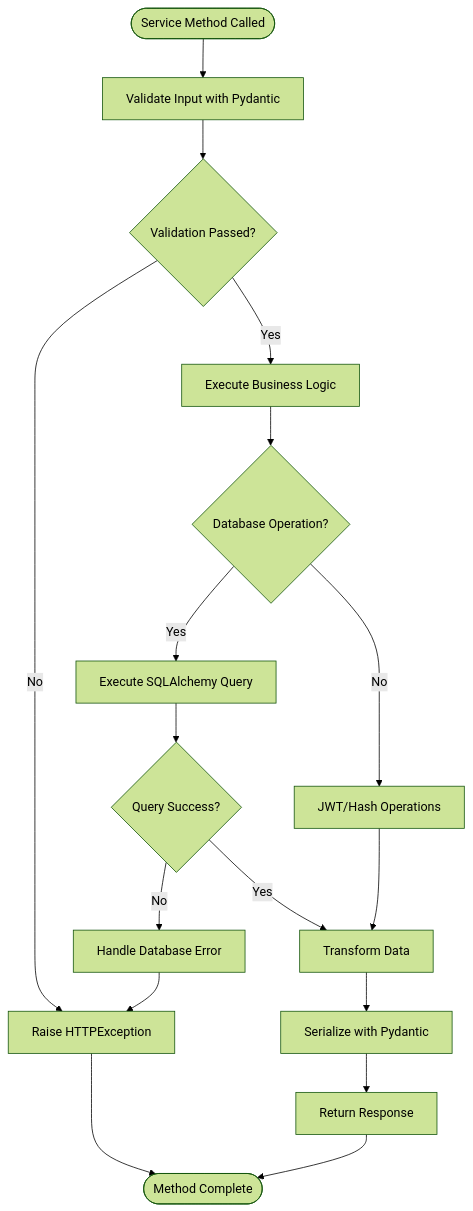
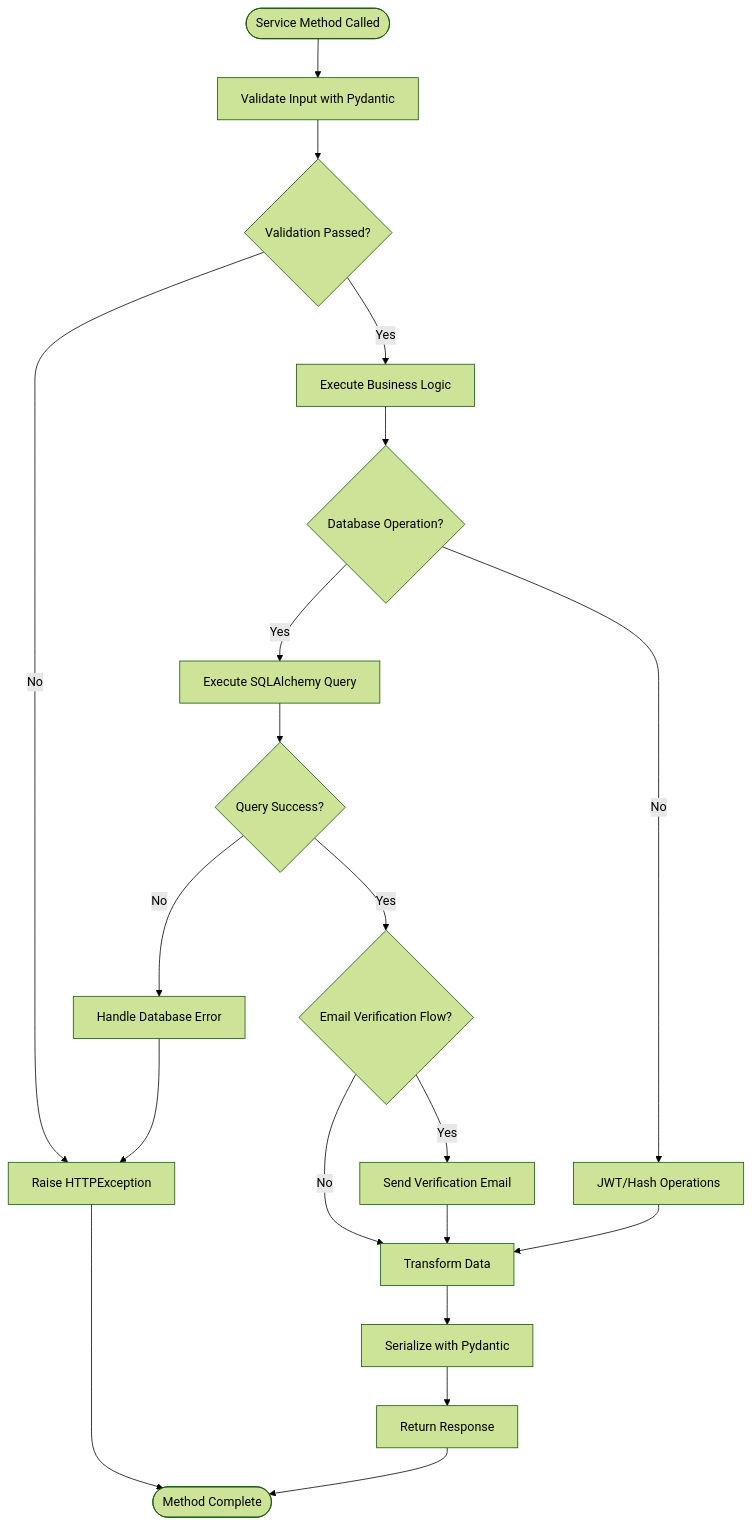
Before and after one commit to srikant-panda/auth-service: the fifth of 8 diagrams in .qoder/repowiki/en/content/Core Concepts/Data Models and Pydantic Integration.md, drawn with Mermaid (forest theme). The commit also changed other lines of this file and 11 other files, not shown here.

````diff
--- a/.qoder/repowiki/en/content/Core Concepts/Data Models and Pydantic Integration.md
+++ b/.qoder/repowiki/en/content/Core Concepts/Data Models and Pydantic Integration.md
@@ -245,19 +261,22 @@
 ```mermaid
 flowchart TD
 Start([Service Method Called]) --> Validate["Validate Input with Pydantic"]
 Validate --> Valid{"Validation Passed?"}
 Valid --> |No| ReturnError["Raise HTTPException"]
 Valid --> |Yes| BusinessLogic["Execute Business Logic"]
 BusinessLogic --> Operation{"Database Operation?"}
 Operation --> |Yes| DBQuery["Execute SQLAlchemy Query"]
 Operation --> |No| TokenOp["JWT/Hash Operations"]
 DBQuery --> DBResult{"Query Success?"}
 DBResult --> |No| HandleError["Handle Database Error"]
-DBResult --> |Yes| Transform["Transform Data"]
+DBResult --> |Yes| EmailFlow{"Email Verification Flow?"}
+EmailFlow --> |Yes| SendEmail["Send Verification Email"]
+EmailFlow --> |No| Transform["Transform Data"]
+SendEmail --> Transform
 TokenOp --> Transform
 Transform --> Serialize["Serialize with Pydantic"]
 Serialize --> ReturnSuccess["Return Response"]
 HandleError --> ReturnError
 ReturnError --> End([Method Complete])
 ReturnSuccess --> End
 ```
````
